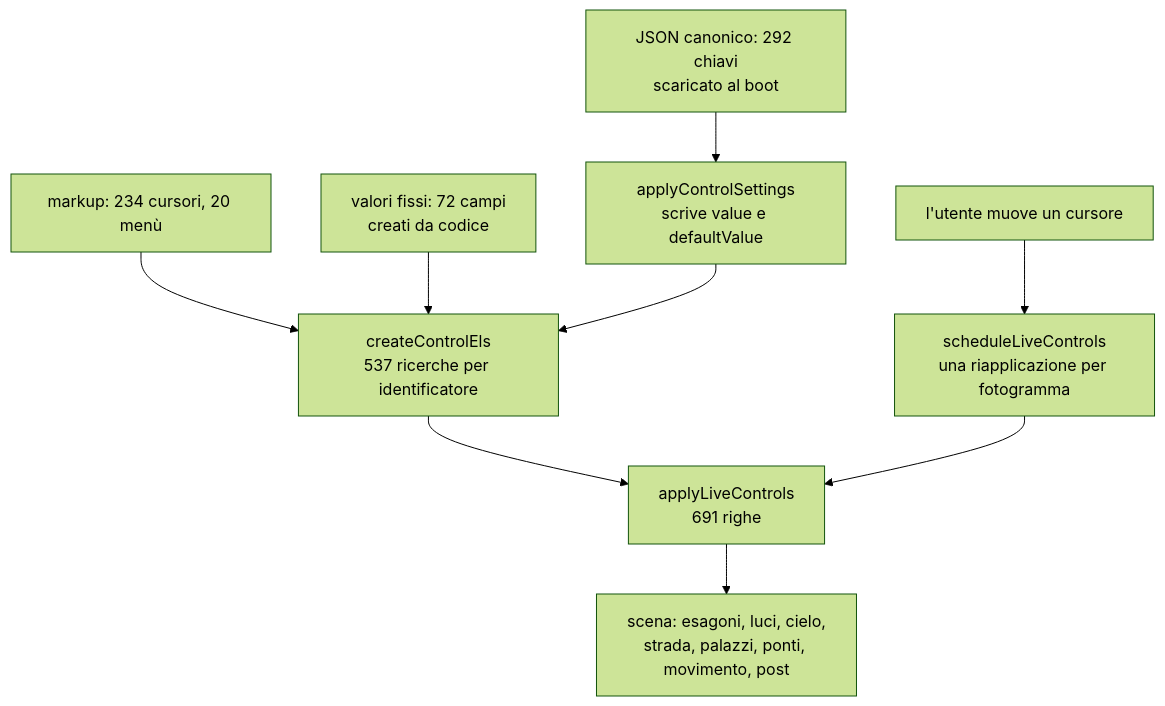
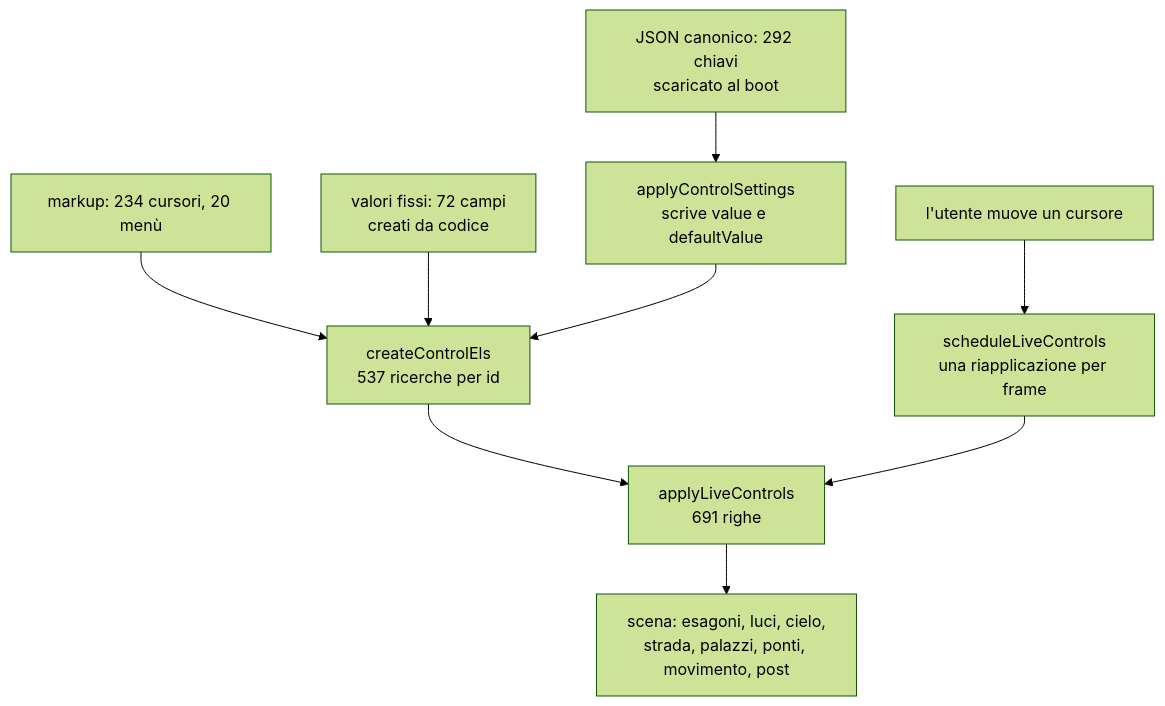
The diagram in doc/docs/ingegneria/pannello-di-regia.mdx (ale-ehp/retro-future), drawn with Mermaid (forest theme) before and after one commit. The commit also changed other lines of this file and 22 other files, not shown here.

````diff
--- a/doc/docs/ingegneria/pannello-di-regia.mdx
+++ b/doc/docs/ingegneria/pannello-di-regia.mdx
@@ -72,11 +69,11 @@
 ```mermaid
 flowchart TB
-  A[markup: 234 cursori, 20 menù] --> D[createControlEls<br/>537 ricerche per identificatore]
+  A[markup: 234 cursori, 20 menù] --> D[createControlEls<br/>537 ricerche per id]
   B[valori fissi: 72 campi<br/>creati da codice] --> D
   C[JSON canonico: 292 chiavi<br/>scaricato al boot] --> E[applyControlSettings<br/>scrive value e defaultValue]
   E --> D
   D --> F[applyLiveControls<br/>691 righe]
   F --> G[scena: esagoni, luci, cielo,<br/>strada, palazzi, ponti, movimento, post]
-  H[l'utente muove un cursore] --> I[scheduleLiveControls<br/>una riapplicazione per fotogramma]
+  H[l'utente muove un cursore] --> I[scheduleLiveControls<br/>una riapplicazione per frame]
   I --> F
 ```
````
